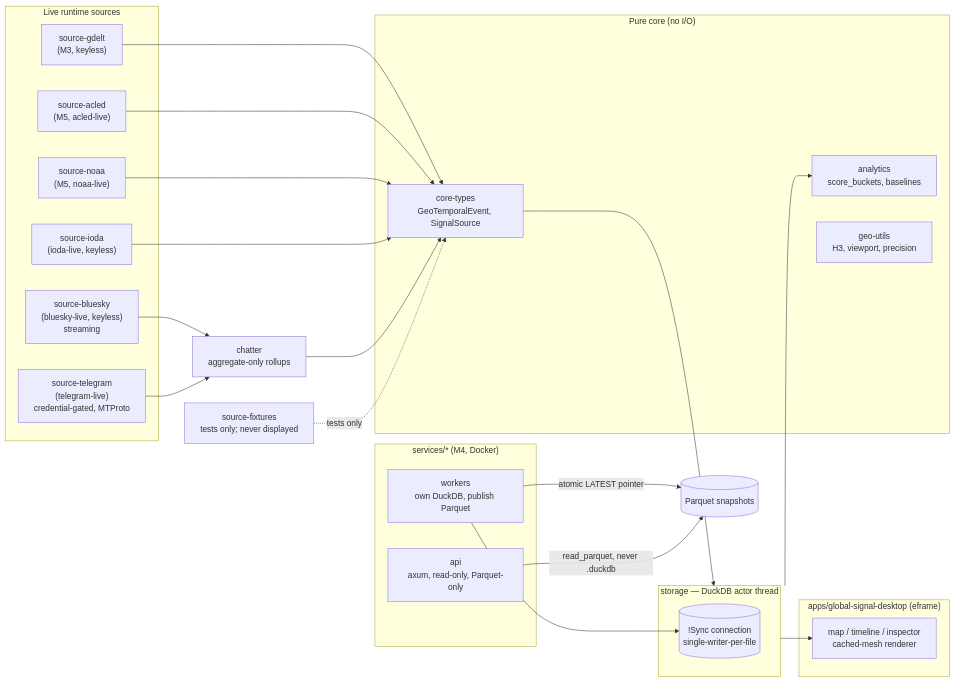
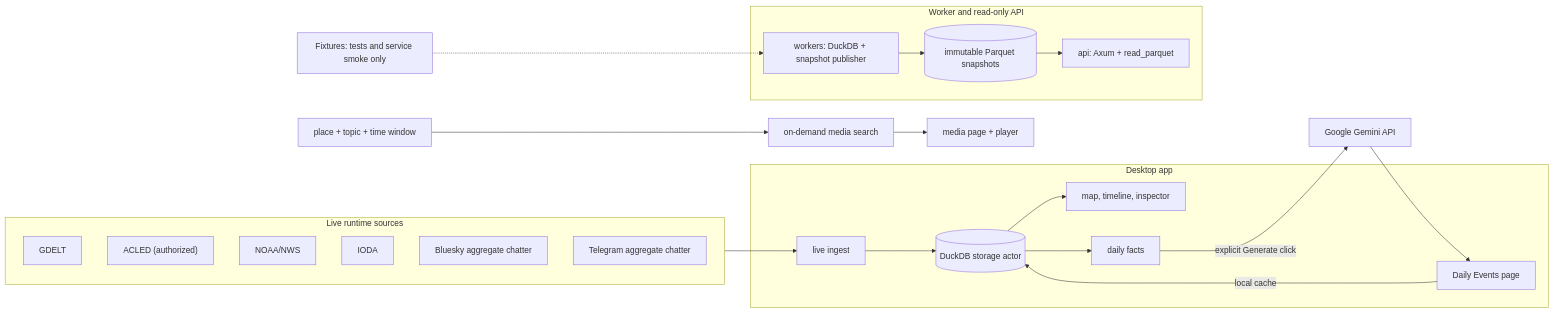
Before and after one commit to arcTanMyAngle/global_unrest: the diagram in README.md, drawn with Mermaid. The commit also changed other lines of this file and 41 other files, not shown here.

````diff
--- a/README.md
+++ b/README.md
@@ -89,47 +138,38 @@
-```mermaid
+~~~mermaid
 flowchart LR
     subgraph Sources["Live runtime sources"]
-        GDELT["source-gdelt\n(M3, keyless)"]
-        ACLED["source-acled\n(M5, acled-live)"]
-        NOAA["source-noaa\n(M5, noaa-live)"]
-        IODA["source-ioda\n(ioda-live, keyless)"]
-        BSKY["source-bluesky\n(bluesky-live, keyless)\nstreaming"]
-        TG["source-telegram\n(telegram-live)\ncredential-gated, MTProto"]
+        GDELT["GDELT"]
+        ACLED["ACLED (authorized)"]
+        NOAA["NOAA/NWS"]
+        IODA["IODA"]
+        BSKY["Bluesky aggregate chatter"]
+        TG["Telegram aggregate chatter"]
     end
 
-    FIX["source-fixtures\ntests only; never displayed"]
-
-    subgraph Core["Pure core (no I/O)"]
-        CT["core-types\nGeoTemporalEvent, SignalSource"]
-        AN["analytics\nscore_buckets, baselines"]
-        GEO["geo-utils\nH3, viewport, precision"]
+    subgraph Desktop["Desktop app"]
+        INGEST["live ingest"]
+        STORE[("DuckDB storage actor")]
+        MAP["map, timeline, inspector"]
+        FACTS["daily facts"]
+        DIGEST["Daily Events page"]
     end
 
-    subgraph Storage["storage — DuckDB actor thread"]
-        DB[("!Sync connection\nsingle-writer-per-file")]
+    Sources --> INGEST --> STORE --> MAP
+    STORE --> FACTS
+    FACTS -->|"explicit Generate click"| GEMINI["Google Gemini API"]
+    GEMINI --> DIGEST
+    DIGEST -->|"local cache"| STORE
+
+    QUERY["place + topic + time window"]
+    QUERY --> SEARCH["on-demand media search"]
+    SEARCH --> MEDIA["media page + player"]
+
+    FIX["Fixtures: tests and service smoke only"]
+    FIX -.-> WORKER
+    subgraph Services["Worker and read-only API"]
+        WORKER["workers: DuckDB + snapshot publisher"]
+        SNAP[("immutable Parquet snapshots")]
+        API["api: Axum + read_parquet"]
     end
-
-    GDELT --> CT
-    ACLED --> CT
-    NOAA --> CT
-    IODA --> CT
-    BSKY --> CHAT["chatter\naggregate-only rollups"] --> CT
-    TG --> CHAT
-    FIX -. tests only .-> CT
-    CT --> Storage
-    Storage --> AN
-
-    subgraph Desktop["apps/global-signal-desktop (eframe)"]
-        UI["map / timeline / inspector\ncached-mesh renderer"]
-    end
-
-    subgraph Services["services/* (M4, Docker)"]
-        WORKER["workers\nown DuckDB, publish Parquet"]
-        API["api\naxum, read-only, Parquet-only"]
-    end
-
-    Storage --> UI
-    WORKER --> DB
-    WORKER -- "atomic LATEST pointer" --> SNAP[("Parquet snapshots")]
-    API -- "read_parquet, never .duckdb" --> SNAP
-```
+    WORKER --> SNAP --> API
+~~~
````
